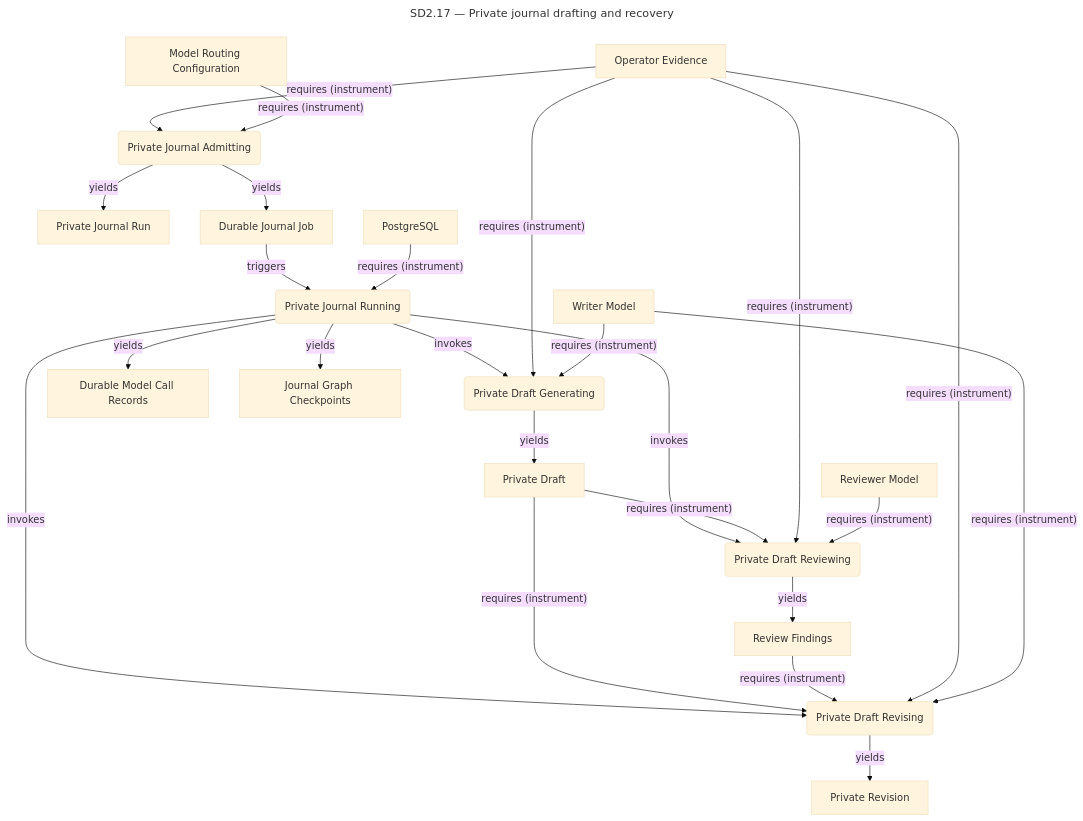
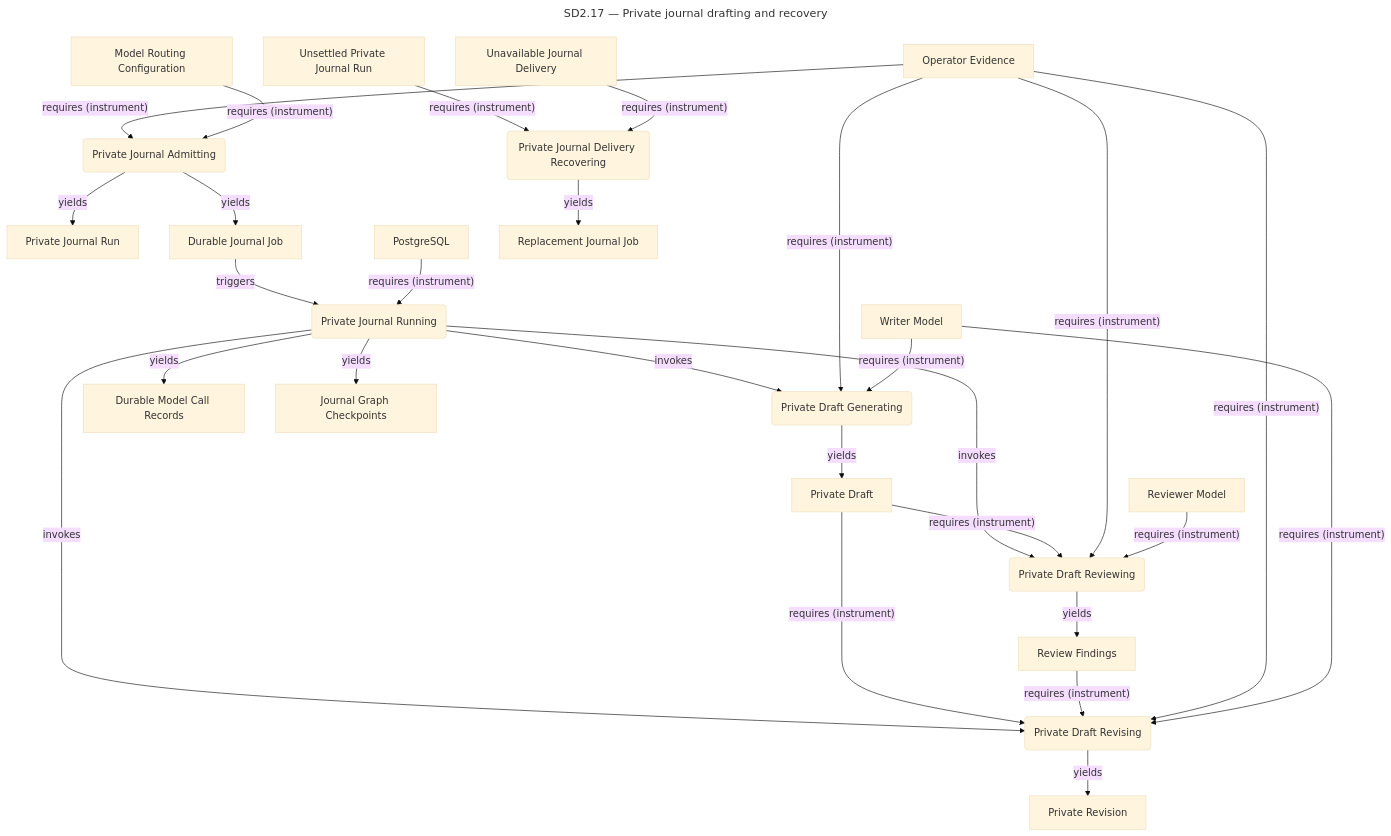
Diagram 25 of 25 in opm/system.md (ojfbot/daily-logger), drawn with Mermaid (base theme) before and after one commit. The commit also changed other lines of this file and 7 other files, not shown here.

````diff
--- a/opm/system.md
+++ b/opm/system.md
@@ -2506,48 +2506,55 @@
 ```mermaid
 ---
 title: "SD2.17 — Private journal drafting and recovery"
 ---
 flowchart TD
   accTitle: SD2.17 — Private journal drafting and recovery
   accDescr: Lossy system model projection. Complete source facts follow this diagram.
   n486("Private Journal Admitting")
   n487["Operator Evidence"]
   n488["Model Routing Configuration"]
   n489["Private Journal Run"]
   n490["Durable Journal Job"]
   n491("Private Journal Running")
   n492["PostgreSQL"]
   n493("Private Draft Generating")
   n494("Private Draft Reviewing")
   n495("Private Draft Revising")
   n496["Writer Model"]
   n497["Private Draft"]
   n498["Reviewer Model"]
   n499["Review Findings"]
   n500["Private Revision"]
   n501["Durable Model Call Records"]
   n502["Journal Graph Checkpoints"]
+  n503("Private Journal Delivery Recovering")
+  n504["Unsettled Private Journal Run"]
+  n505["Unavailable Journal Delivery"]
+  n506["Replacement Journal Job"]
   n487 -->|"requires (instrument)"| n486
   n488 -->|"requires (instrument)"| n486
   n486 -->|"yields"| n489
   n486 -->|"yields"| n490
   n490 -->|"triggers"| n491
   n492 -->|"requires (instrument)"| n491
   n491 -->|"invokes"| n493
   n491 -->|"invokes"| n494
   n491 -->|"invokes"| n495
   n487 -->|"requires (instrument)"| n493
   n496 -->|"requires (instrument)"| n493
   n493 -->|"yields"| n497
   n497 -->|"requires (instrument)"| n494
   n487 -->|"requires (instrument)"| n494
   n498 -->|"requires (instrument)"| n494
   n494 -->|"yields"| n499
   n497 -->|"requires (instrument)"| n495
   n499 -->|"requires (instrument)"| n495
   n487 -->|"requires (instrument)"| n495
   n496 -->|"requires (instrument)"| n495
   n495 -->|"yields"| n500
   n491 -->|"yields"| n501
   n491 -->|"yields"| n502
+  n504 -->|"requires (instrument)"| n503
+  n505 -->|"requires (instrument)"| n503
+  n503 -->|"yields"| n506
 ```
````
